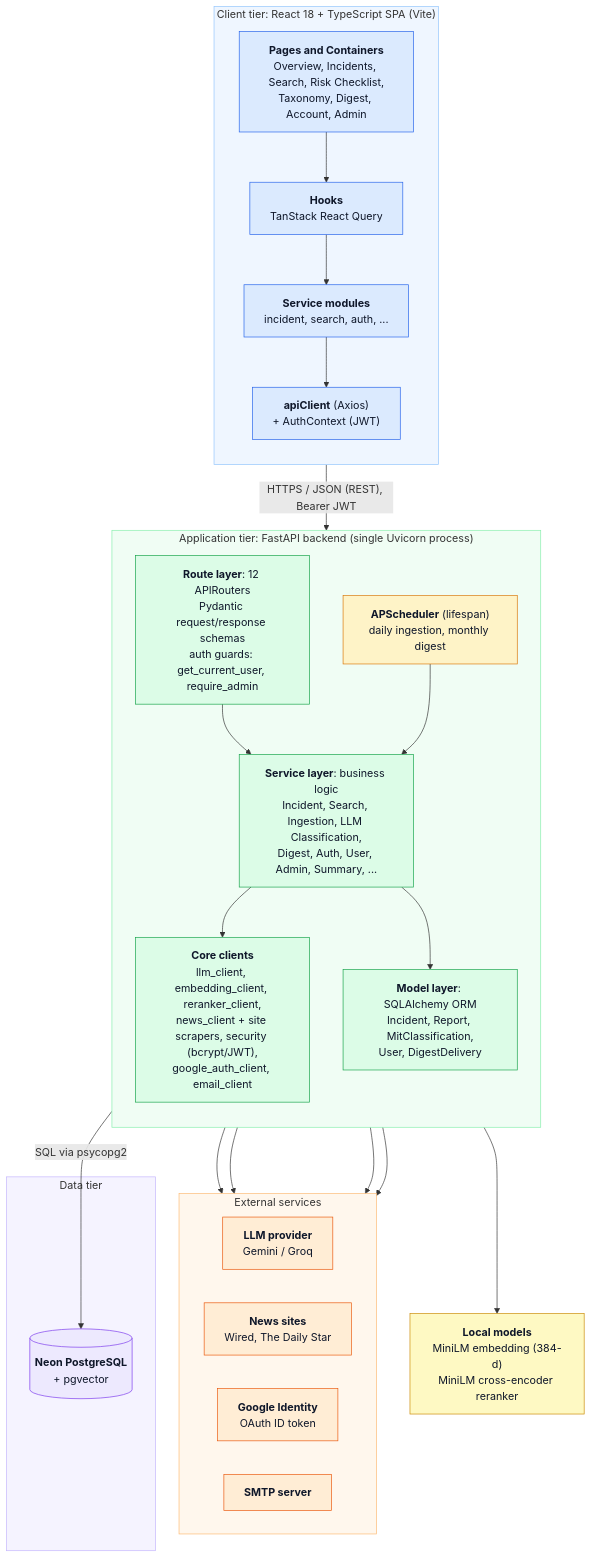
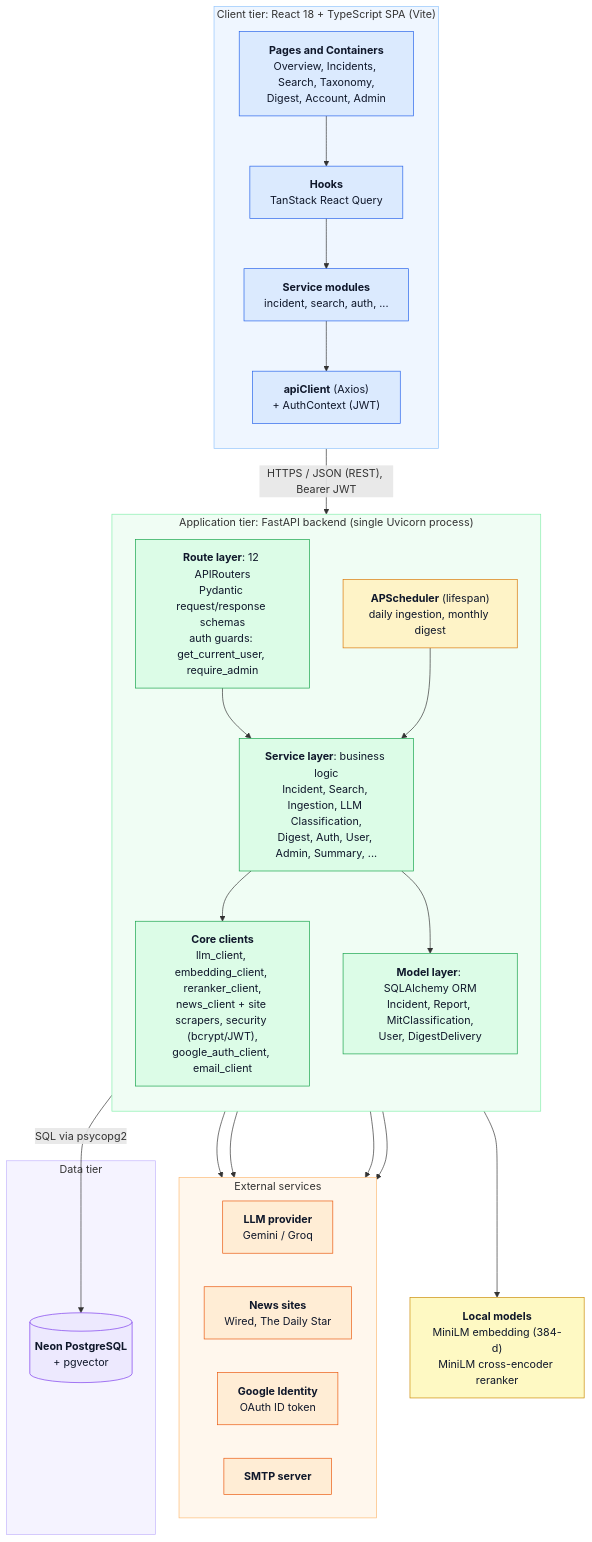
Before and after one commit to Nandan1436/AIRiskWatch: the diagram in SRS_Final/diagrams/fig02_overview.mmd, drawn with Mermaid. The commit also changed 10 other files, not shown here.

```diff
--- a/SRS_Final/diagrams/fig02_overview.mmd
+++ b/SRS_Final/diagrams/fig02_overview.mmd
@@ -1,61 +1,61 @@
 flowchart TB
     subgraph CLIENT["Client tier: React 18 + TypeScript SPA (Vite)"]
         direction TB
-        P["<b>Pages and Containers</b><br/>Overview, Incidents, Search, Risk Checklist,<br/>Taxonomy, Digest, Account, Admin"]
+        P["<b>Pages and Containers</b><br/>Overview, Incidents, Search, Taxonomy,<br/>Digest, Account, Admin"]
         H["<b>Hooks</b><br/>TanStack React Query"]
         SM["<b>Service modules</b><br/>incident, search, auth, ..."]
         AC["<b>apiClient</b> (Axios)<br/>+ AuthContext (JWT)"]
         P --> H --> SM --> AC
     end
 
     subgraph APP["Application tier: FastAPI backend (single Uvicorn process)"]
         direction TB
         R["<b>Route layer</b>: 12 APIRouters<br/>Pydantic request/response schemas<br/>auth guards: get_current_user, require_admin"]
         SCH["<b>APScheduler</b> (lifespan)<br/>daily ingestion, monthly digest"]
         SV["<b>Service layer</b>: business logic<br/>Incident, Search, Ingestion, LLM Classification,<br/>Digest, Auth, User, Admin, Summary, ..."]
         CC["<b>Core clients</b><br/>llm_client, embedding_client, reranker_client,<br/>news_client + site scrapers, security (bcrypt/JWT),<br/>google_auth_client, email_client"]
         M["<b>Model layer</b>: SQLAlchemy ORM<br/>Incident, Report, MitClassification,<br/>User, DigestDelivery"]
         R --> SV
         SCH --> SV
         SV --> CC
         SV --> M
     end
 
     subgraph EXT["External services"]
         direction LR
         LLM["<b>LLM provider</b><br/>Gemini / Groq"]
         NEWS["<b>News sites</b><br/>Wired, The Daily Star"]
         GID["<b>Google Identity</b><br/>OAuth ID token"]
         SMTP["<b>SMTP server</b>"]
     end
 
     LOCAL["<b>Local models</b><br/>MiniLM embedding (384-d)<br/>MiniLM cross-encoder reranker"]
 
     subgraph DATA["Data tier"]
         DB[("<b>Neon PostgreSQL</b><br/>+ pgvector")]
     end
 
     AC -- "HTTPS / JSON (REST), Bearer JWT" --> R
     CC --> LLM
     CC --> NEWS
     CC --> GID
     CC --> SMTP
     CC --> LOCAL
     M -- "SQL via psycopg2" --> DB
 
     classDef client fill:#DBEAFE,stroke:#2563EB,color:#0F172A
     classDef app fill:#DCFCE7,stroke:#16A34A,color:#0F172A
     classDef sched fill:#FEF3C7,stroke:#D97706,color:#0F172A
     classDef ext fill:#FFEDD5,stroke:#EA580C,color:#0F172A
     classDef local fill:#FEF9C3,stroke:#CA8A04,color:#0F172A
     classDef data fill:#EDE9FE,stroke:#7C3AED,color:#0F172A
     class P,H,SM,AC client
     class R,SV,CC,M app
     class SCH sched
     class LLM,NEWS,GID,SMTP ext
     class LOCAL local
     class DB data
     style CLIENT fill:#EFF6FF,stroke:#93C5FD
     style APP fill:#F0FDF4,stroke:#86EFAC
     style EXT fill:#FFF7ED,stroke:#FDBA74
     style DATA fill:#F5F3FF,stroke:#C4B5FD
```
